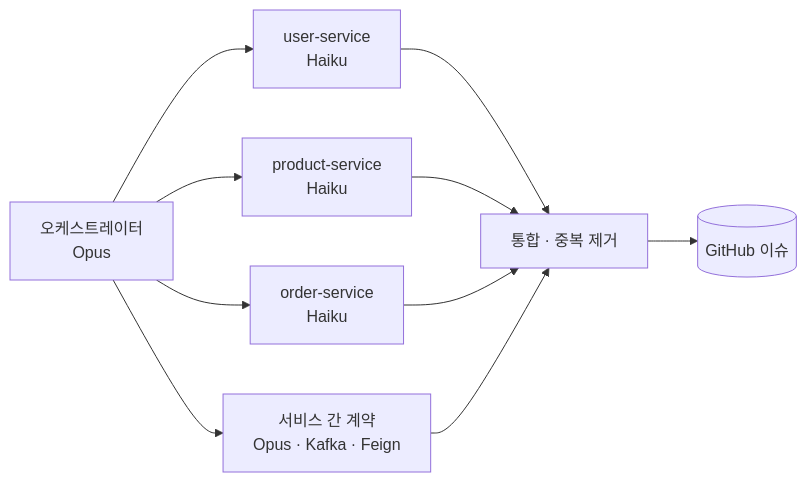
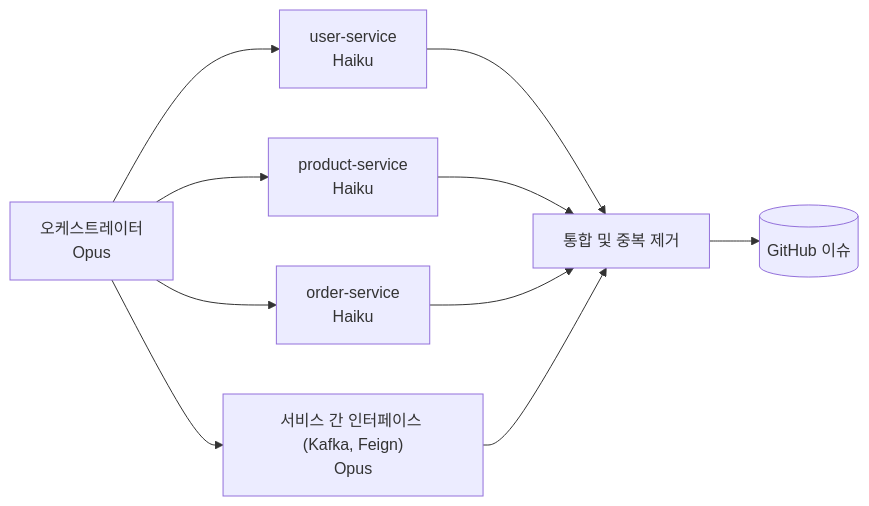
One commit to bstaran/CC-Creator-Culture changed the first of 3 diagrams in docs/ai-system/plan.md. Above: the diagram before and after it, drawn with Mermaid. The commit also changed other lines of this file and 1 other file, not shown here.

````diff
--- a/docs/ai-system/plan.md
+++ b/docs/ai-system/plan.md
@@ -225,12 +227,12 @@
 ```mermaid
 flowchart LR
   O["오케스트레이터<br/>Opus"] --> U["user-service<br/>Haiku"]
   O --> P["product-service<br/>Haiku"]
   O --> R["order-service<br/>Haiku"]
-  O --> X["서비스 간 계약<br/>Opus · Kafka · Feign"]
-  U --> M["통합 · 중복 제거"]
+  O --> X["서비스 간 인터페이스 (Kafka, Feign)<br/>Opus"]
+  U --> M["통합 및 중복 제거"]
   P --> M
   R --> M
   X --> M
   M --> B[("GitHub 이슈")]
 ```
````
